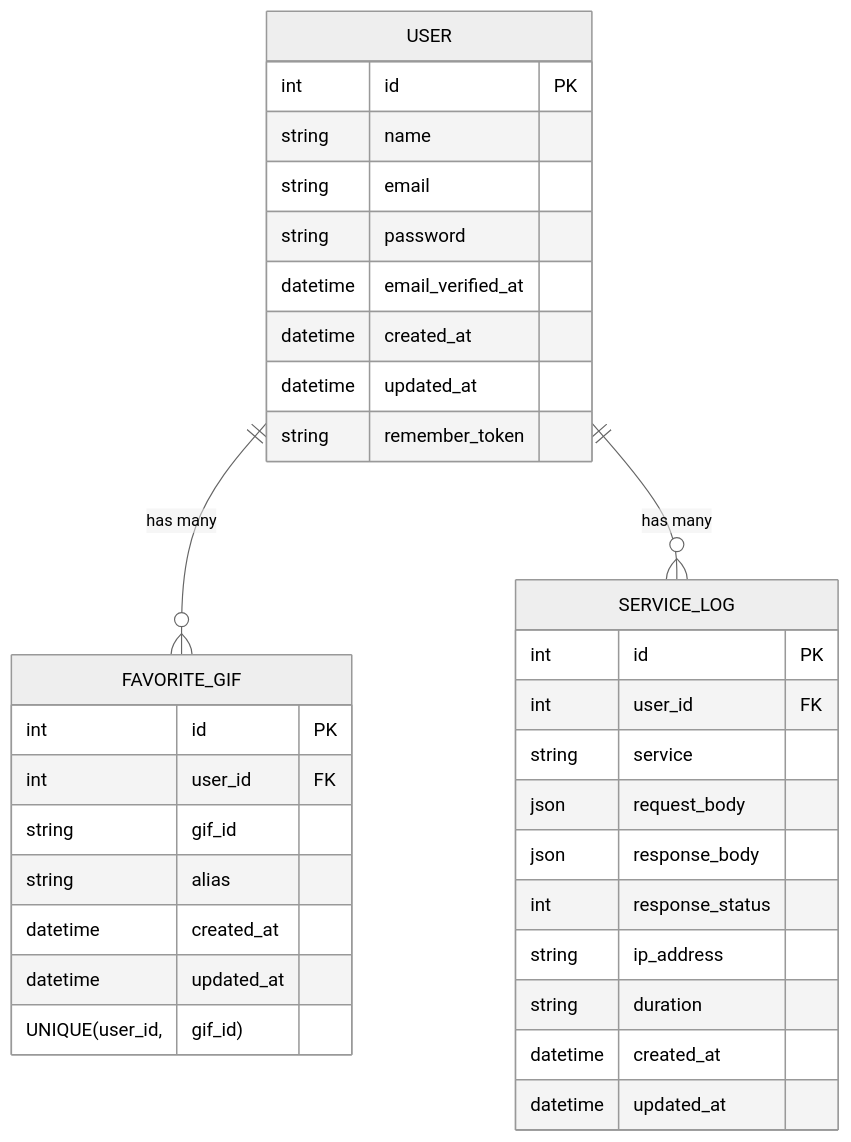
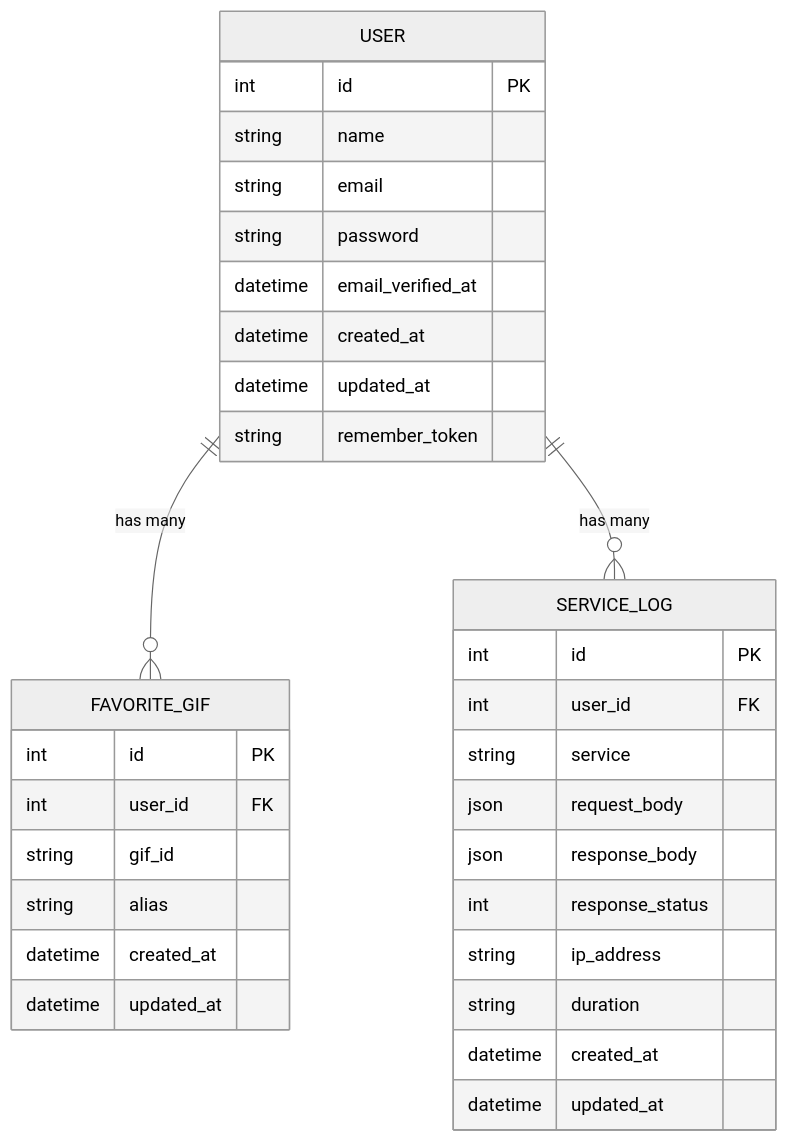
The diagram in README.md (The0ld/GIFHub), drawn with Mermaid (neutral theme) before and after one commit.

Commit message:
Improve ERD

````diff
--- a/README.md
+++ b/README.md
@@ -21,37 +21,37 @@
 ```mermaid
 erDiagram
     USER {
         int id PK
         string name
         string email
         string password
         datetime email_verified_at
         datetime created_at
         datetime updated_at
         string remember_token
     }
     FAVORITE_GIF {
         int id PK
         int user_id FK
         string gif_id
         string alias
         datetime created_at
         datetime updated_at
-        UNIQUE(user_id, gif_id)
+        %% UNIQUE constraint: user_id + gif_id must be unique
     }
     SERVICE_LOG {
         int id PK
         int user_id FK
         string service
         json request_body
         json response_body
         int response_status
         string ip_address
         string duration
         datetime created_at
         datetime updated_at
     }
 
     USER ||--o{ FAVORITE_GIF : "has many"
     USER ||--o{ SERVICE_LOG : "has many"
 ```
````
